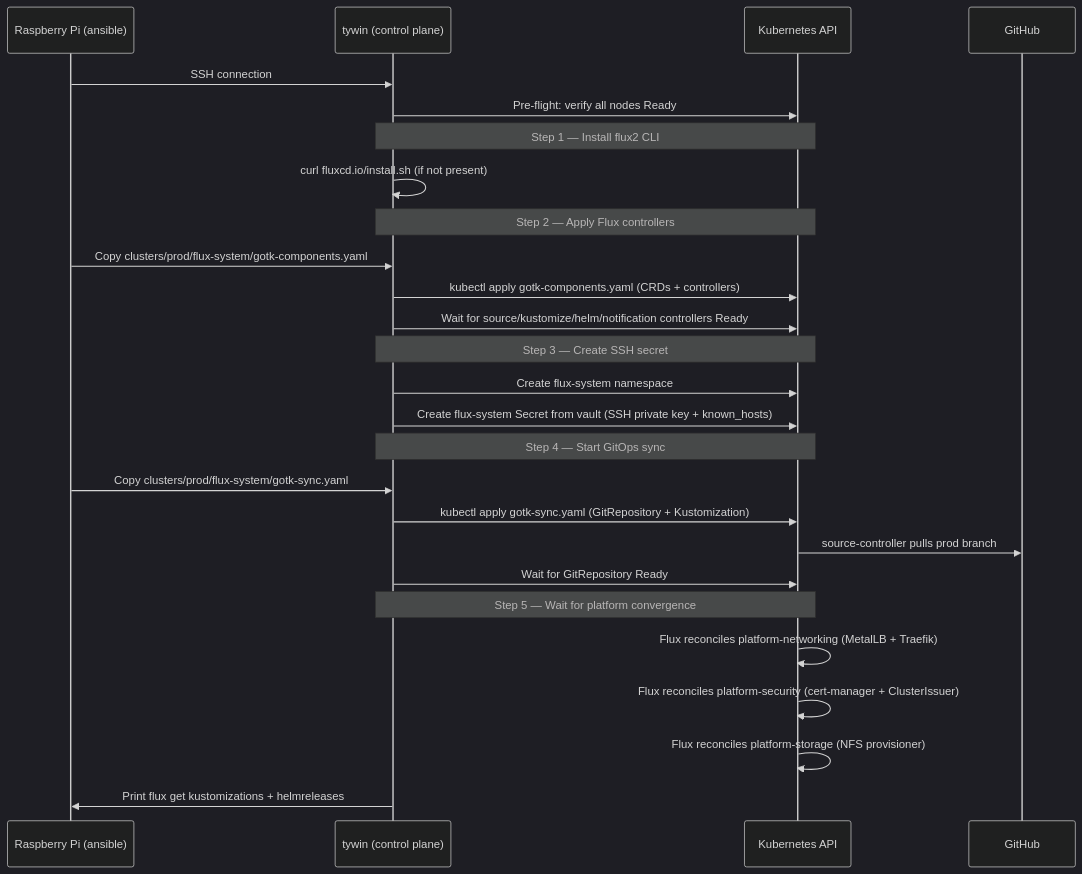
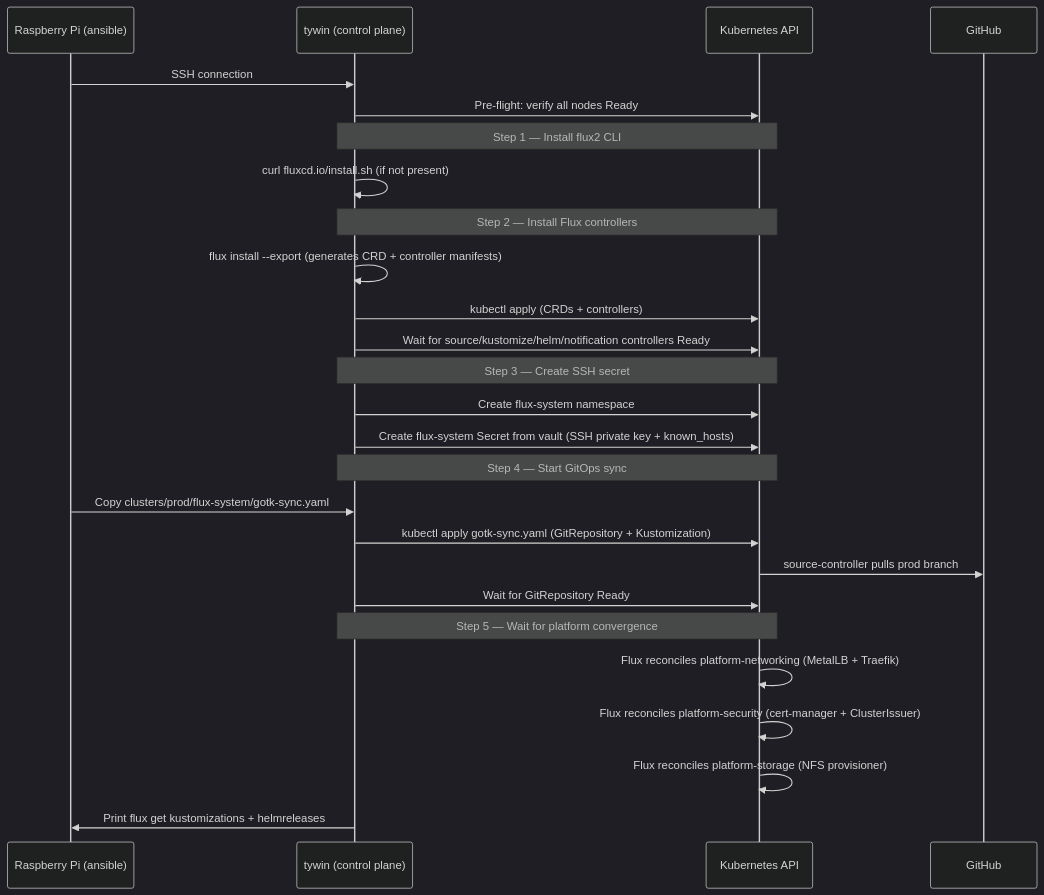
Before and after one commit to Kagiso-me/homelab-infrastructure: the fifth of 5 diagrams in docs/guides/04-Flux-GitOps.md, drawn with Mermaid (dark theme). The commit also changed other lines of this file and 45 other files, not shown here.

First line of the commit message:
Add ADR-005 for self-hosted GitHub Actions runners and create roadmap HTML

````diff
--- a/docs/guides/04-Flux-GitOps.md
+++ b/docs/guides/04-Flux-GitOps.md
@@ -533,34 +639,34 @@
 ```mermaid
 sequenceDiagram
     participant RPi as Raspberry Pi (ansible)
     participant CP as tywin (control plane)
     participant K8s as Kubernetes API
     participant Git as GitHub
 
     RPi->>CP: SSH connection
     CP->>K8s: Pre-flight: verify all nodes Ready
 
     Note over CP,K8s: Step 1 — Install flux2 CLI
     CP->>CP: curl fluxcd.io/install.sh (if not present)
 
-    Note over CP,K8s: Step 2 — Apply Flux controllers
-    RPi->>CP: Copy clusters/prod/flux-system/gotk-components.yaml
-    CP->>K8s: kubectl apply gotk-components.yaml (CRDs + controllers)
+    Note over CP,K8s: Step 2 — Install Flux controllers
+    CP->>CP: flux install --export (generates CRD + controller manifests)
+    CP->>K8s: kubectl apply (CRDs + controllers)
     CP->>K8s: Wait for source/kustomize/helm/notification controllers Ready
 
     Note over CP,K8s: Step 3 — Create SSH secret
     CP->>K8s: Create flux-system namespace
     CP->>K8s: Create flux-system Secret from vault (SSH private key + known_hosts)
 
     Note over CP,K8s: Step 4 — Start GitOps sync
     RPi->>CP: Copy clusters/prod/flux-system/gotk-sync.yaml
     CP->>K8s: kubectl apply gotk-sync.yaml (GitRepository + Kustomization)
     K8s->>Git: source-controller pulls prod branch
     CP->>K8s: Wait for GitRepository Ready
 
     Note over CP,K8s: Step 5 — Wait for platform convergence
     K8s->>K8s: Flux reconciles platform-networking (MetalLB + Traefik)
     K8s->>K8s: Flux reconciles platform-security (cert-manager + ClusterIssuer)
     K8s->>K8s: Flux reconciles platform-storage (NFS provisioner)
     CP->>RPi: Print flux get kustomizations + helmreleases
 ```
````
